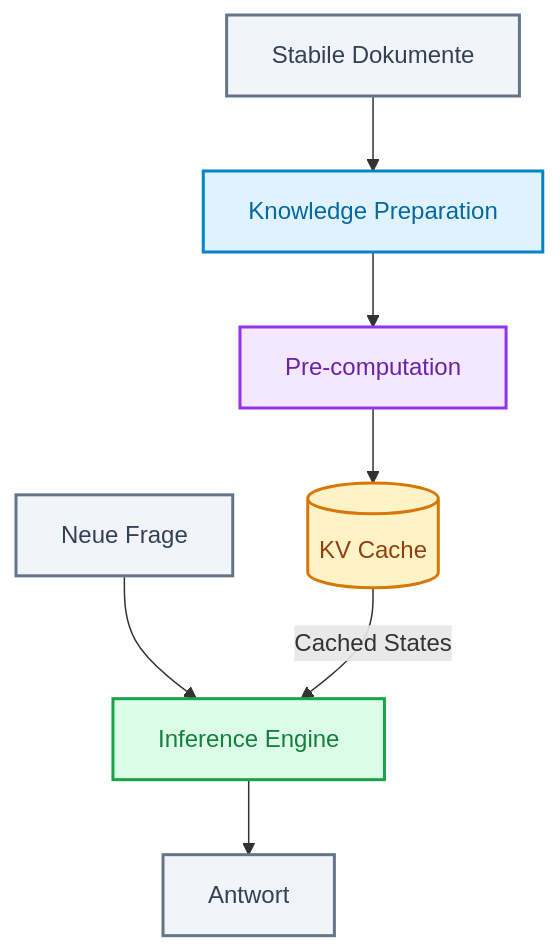
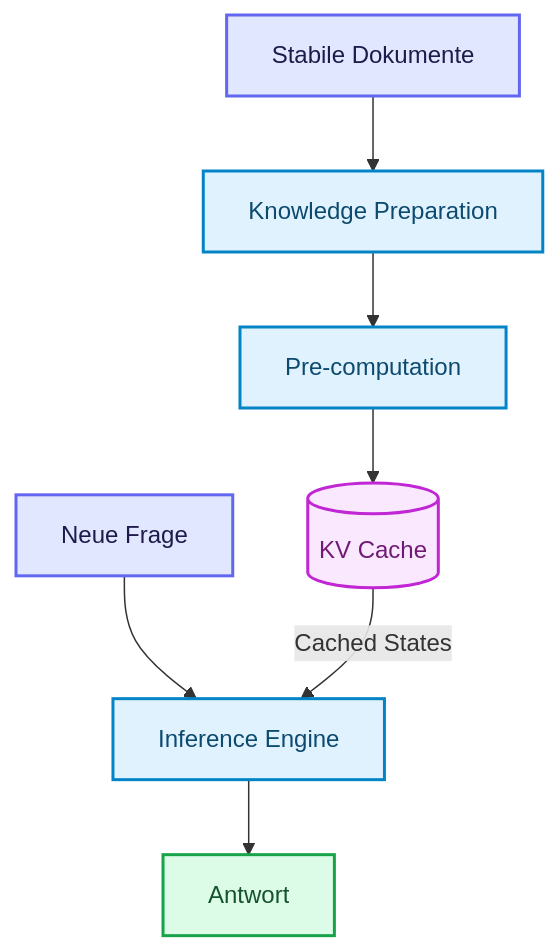
Before and after one commit to ralf-42/Agenten: the second of 2 diagrams in docs/04-agenten-implementierung/kontext-wissen/long-context-cag.md, drawn with Mermaid. The commit also changed other lines of this file and 7 other files, not shown here.

````diff
--- a/docs/04-agenten-implementierung/kontext-wissen/long-context-cag.md
+++ b/docs/04-agenten-implementierung/kontext-wissen/long-context-cag.md
@@ -109,26 +108,24 @@
 ```mermaid
 flowchart TB
-    %% Styling-Klassen
-    classDef offline fill:#e0f2fe,stroke:#0284c7,stroke-width:2px,color:#0369a1;
-    classDef precompute fill:#f3e8ff,stroke:#9333ea,stroke-width:2px,color:#6b21a8;
-    classDef cache fill:#fef3c7,stroke:#d97706,stroke-width:2px,color:#92400e;
-    classDef online fill:#dcfce7,stroke:#16a34a,stroke-width:2px,color:#15803d;
-    classDef io fill:#f1f5f9,stroke:#64748b,stroke-width:2px,color:#334155;
+    classDef default fill:#e0f2fe,stroke:#0284c7,stroke-width:2px,color:#0c4a6e;
+    classDef input fill:#e0e7ff,stroke:#6366f1,stroke-width:2px,color:#1e1b4b;
+    classDef output fill:#dcfce7,stroke:#16a34a,stroke-width:2px,color:#14532d;
+    classDef target fill:#fae8ff,stroke:#c026d3,stroke-width:2px,color:#701a75;
 
     %% Nodes
-    D[Stabile Dokumente]:::io
-    Prep[Knowledge Preparation]:::offline
-    Pre[Pre-computation]:::precompute
-    KV[(KV Cache)]:::cache
-    Q[Neue Frage]:::io
-    Inf[Inference Engine]:::online
-    A[Antwort]:::io
+    D[Stabile Dokumente]:::input
+    Prep[Knowledge Preparation]
+    Pre[Pre-computation]
+    KV[(KV Cache)]:::target
+    Q[Neue Frage]:::input
+    Inf[Inference Engine]
+    A[Antwort]:::output
 
     %% Edges
     D --> Prep
     Prep --> Pre
     Pre --> KV
     Q --> Inf
     KV -->|Cached States| Inf
     Inf --> A
 ```
````
